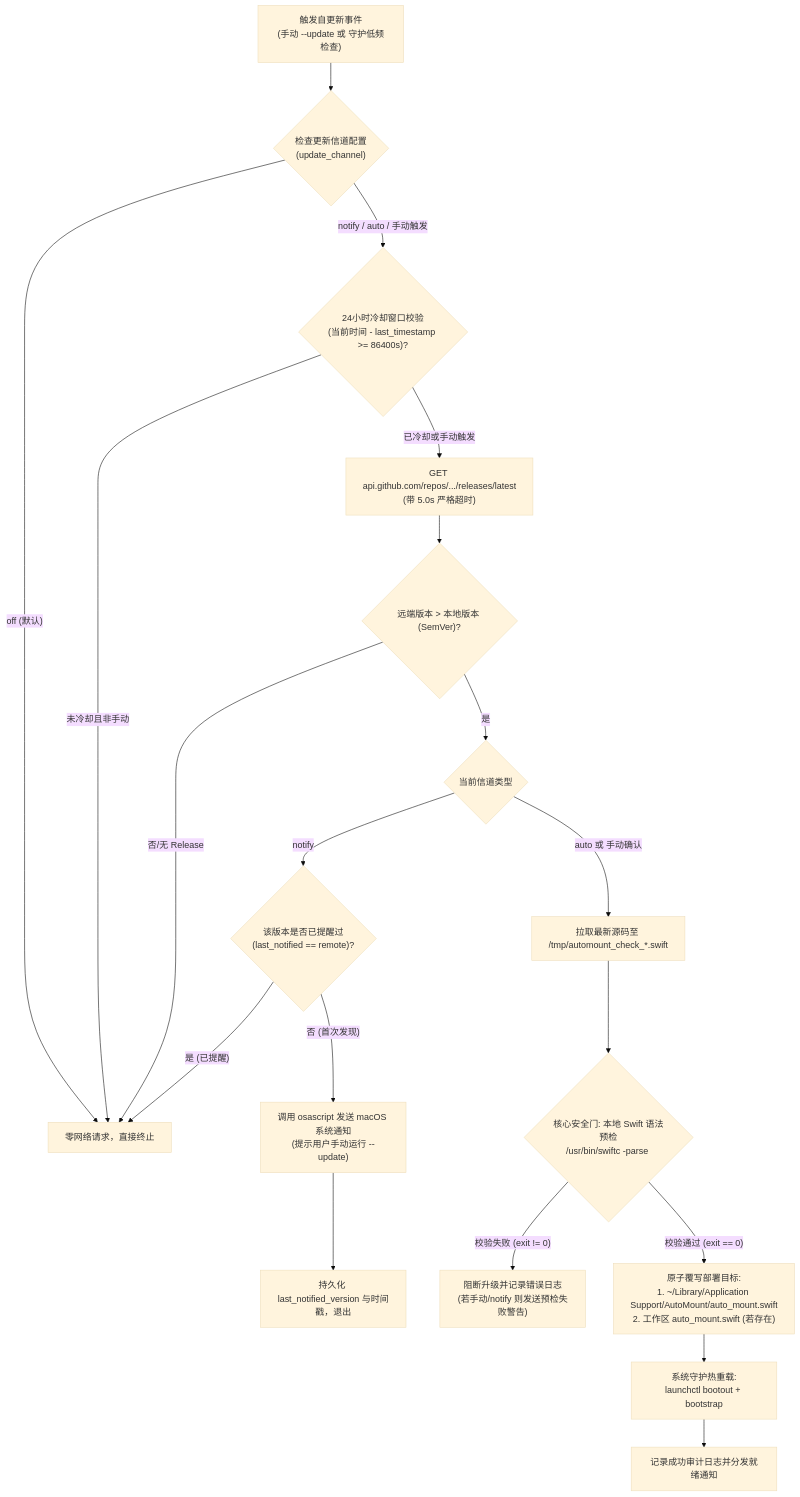
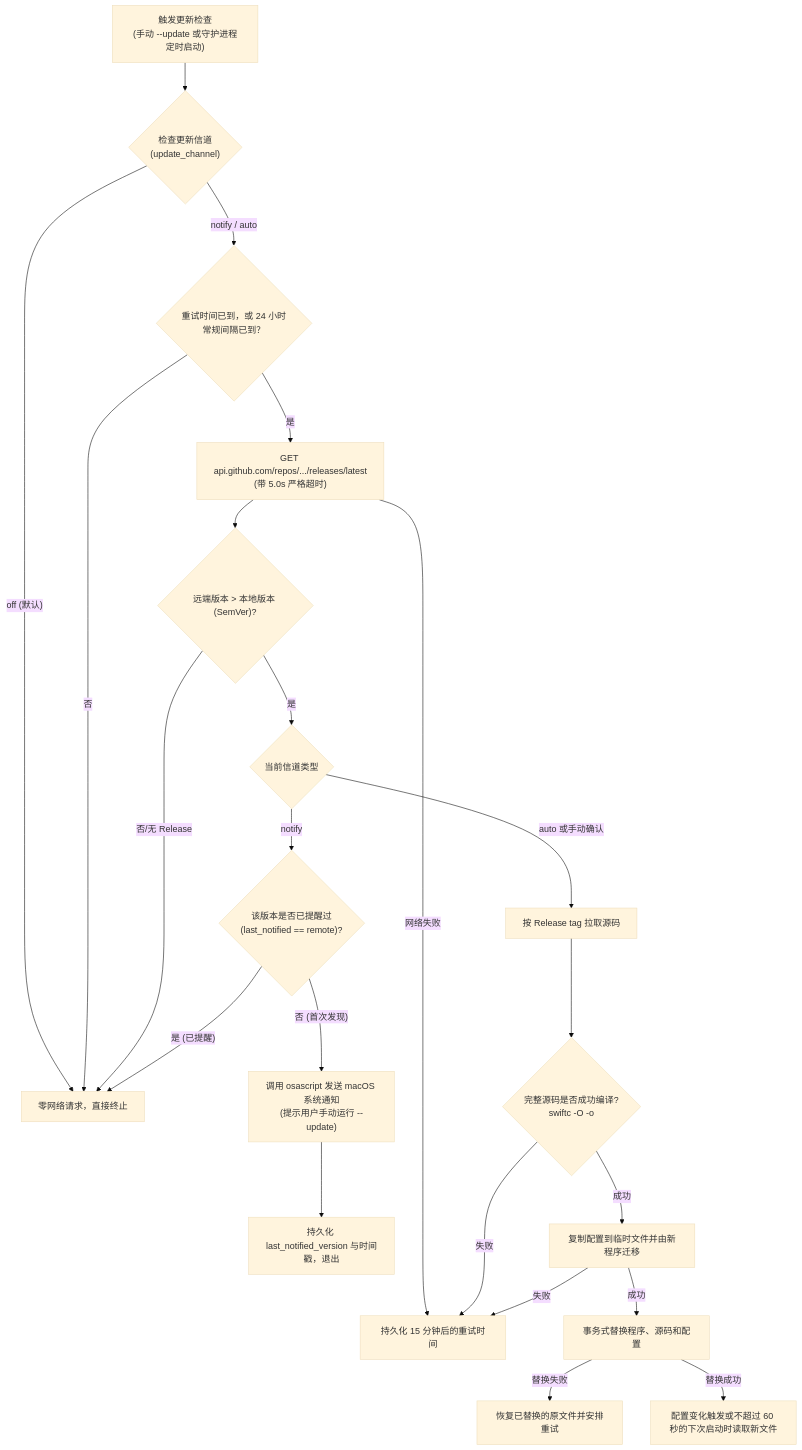
Before and after one commit to jiezhengj/automnt: the second of 3 diagrams in ARCHITECTURE.zh.md, drawn with Mermaid (base theme). The commit also changed other lines of this file and 74 other files, not shown here.

````diff
--- a/ARCHITECTURE.zh.md
+++ b/ARCHITECTURE.zh.md
@@ -313,27 +203,30 @@
 ```mermaid
 flowchart TD
-    Trigger["触发自更新事件\n(手动 --update 或 守护低频检查)"] --> CheckChannel{"检查更新信道配置\n(update_channel)"}
+    Trigger["触发更新检查\n(手动 --update 或守护进程定时启动)"] --> CheckChannel{"检查更新信道\n(update_channel)"}
     CheckChannel -- "off (默认)" --> SkipUpdate["零网络请求，直接终止"]
-    CheckChannel -- "notify / auto / 手动触发" --> CooldownCheck{"24小时冷却窗口校验\n(当前时间 - last_timestamp >= 86400s)?"}
+    CheckChannel -- "notify / auto" --> CooldownCheck{"重试时间已到，或 24 小时常规间隔已到？"}
     
-    CooldownCheck -- "未冷却且非手动" --> SkipUpdate
-    CooldownCheck -- "已冷却或手动触发" --> FetchRelease["GET api.github.com/repos/.../releases/latest\n(带 5.0s 严格超时)"]
+    CooldownCheck -- "否" --> SkipUpdate
+    CooldownCheck -- "是" --> FetchRelease["GET api.github.com/repos/.../releases/latest\n(带 5.0s 严格超时)"]
     
     FetchRelease --> ParseSemVer{"远端版本 > 本地版本 (SemVer)?"}
+    FetchRelease -- "网络失败" --> Retry["持久化 15 分钟后的重试时间"]
     ParseSemVer -- "否/无 Release" --> SkipUpdate
     ParseSemVer -- "是" --> ChannelBranch{"当前信道类型"}
     
     ChannelBranch -- "notify" --> CheckNotified{"该版本是否已提醒过\n(last_notified == remote)?"}
     CheckNotified -- "是 (已提醒)" --> SkipUpdate
     CheckNotified -- "否 (首次发现)" --> SendBanner["调用 osascript 发送 macOS 系统通知\n(提示用户手动运行 --update)"]
     SendBanner --> UpdateTimestamp["持久化 last_notified_version 与时间戳，退出"]
     
-    ChannelBranch -- "auto 或 手动确认" --> DownloadSource["拉取最新源码至 /tmp/automount_check_*.swift"]
-    DownloadSource --> SyntaxGate{"核心安全门: 本地 Swift 语法预检\n/usr/bin/swiftc -parse <temp_file>"}
+    ChannelBranch -- "auto 或手动确认" --> DownloadSource["按 Release tag 拉取源码"]
+    DownloadSource --> BuildGate{"完整源码是否成功编译?\nswiftc -O <staged_source> -o <staged_binary>"}
     
-    SyntaxGate -- "校验失败 (exit != 0)" --> AbortRollback["阻断升级并记录错误日志\n(若手动/notify 则发送预检失败警告)"]
-    SyntaxGate -- "校验通过 (exit == 0)" --> AtomicDeploy["原子覆写部署目标:\n1. ~/Library/Application Support/AutoMount/auto_mount.swift\n2. 工作区 auto_mount.swift (若存在)"]
+    BuildGate -- "失败" --> Retry
+    BuildGate -- "成功" --> StageConfigs["复制配置到临时文件并由新程序迁移"]
     
-    AtomicDeploy --> ServiceReload["系统守护热重载:\nlaunchctl bootout + bootstrap"]
-    ServiceReload --> Complete["记录成功审计日志并分发就绪通知"]
+    StageConfigs -- "失败" --> Retry
+    StageConfigs -- "成功" --> AtomicDeploy["事务式替换程序、源码和配置"]
+    AtomicDeploy -- "替换失败" --> Rollback["恢复已替换的原文件并安排重试"]
+    AtomicDeploy -- "替换成功" --> NextLaunch["配置变化触发或不超过 60 秒的下次启动时读取新文件"]
 ```
````
